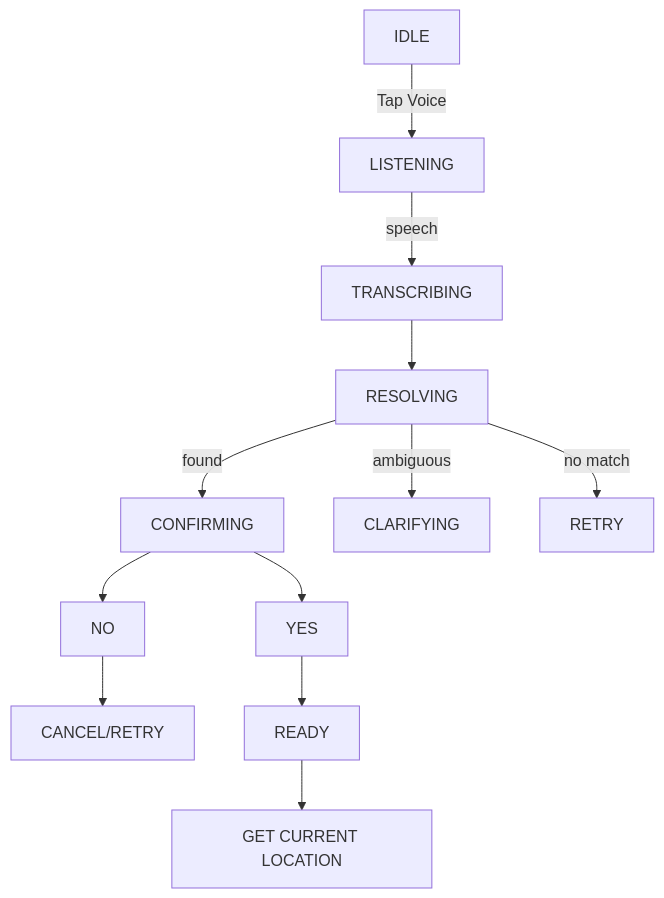
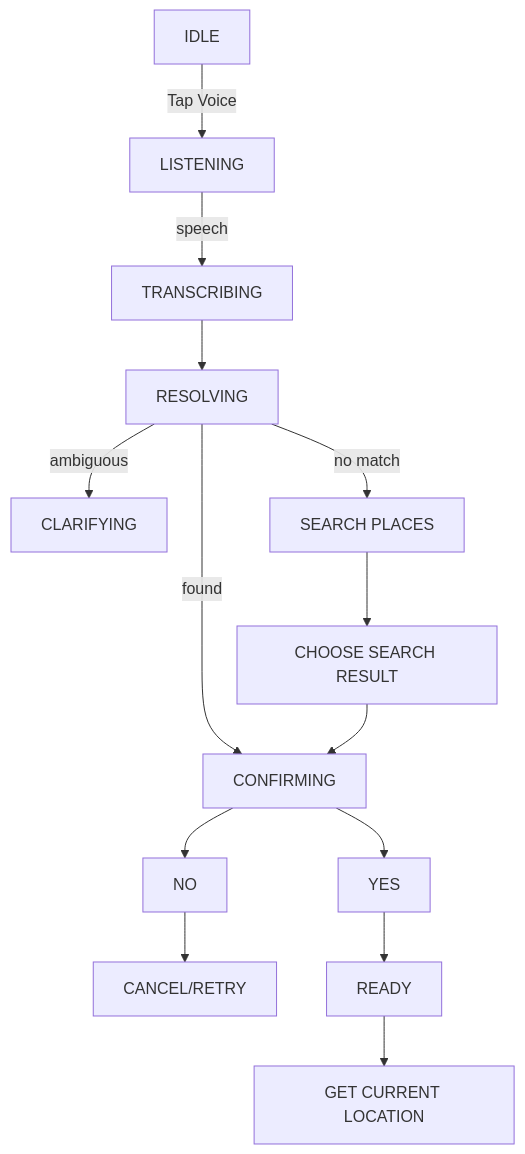
One commit to whyismeleige/ride-saathi changed the fourth of 4 diagrams in README.md. Above: the diagram before and after it, drawn with Mermaid. The commit also changed other lines of this file and 8 other files, not shown here.

Commit message:
feat: add search places if no saved places match

````diff
--- a/README.md
+++ b/README.md
@@ -174,13 +174,15 @@
 ```mermaid
 flowchart TD
  A[IDLE] -- "Tap Voice" --> B[LISTENING]
  B -- "speech" --> C[TRANSCRIBING]
  C --> D[RESOLVING]
  D -- "found" --> E[CONFIRMING]
  D -- "ambiguous" --> F[CLARIFYING]
- D -- "no match" --> G[RETRY]
+ D -- "no match" --> G[SEARCH PLACES]
+ G --> L[CHOOSE SEARCH RESULT]
+ L --> E
  E --> H[YES]
  E --> I[NO] --> CANCEL/RETRY
  H --> J[READY]
  J --> K[GET CURRENT LOCATION]
 ```
````
